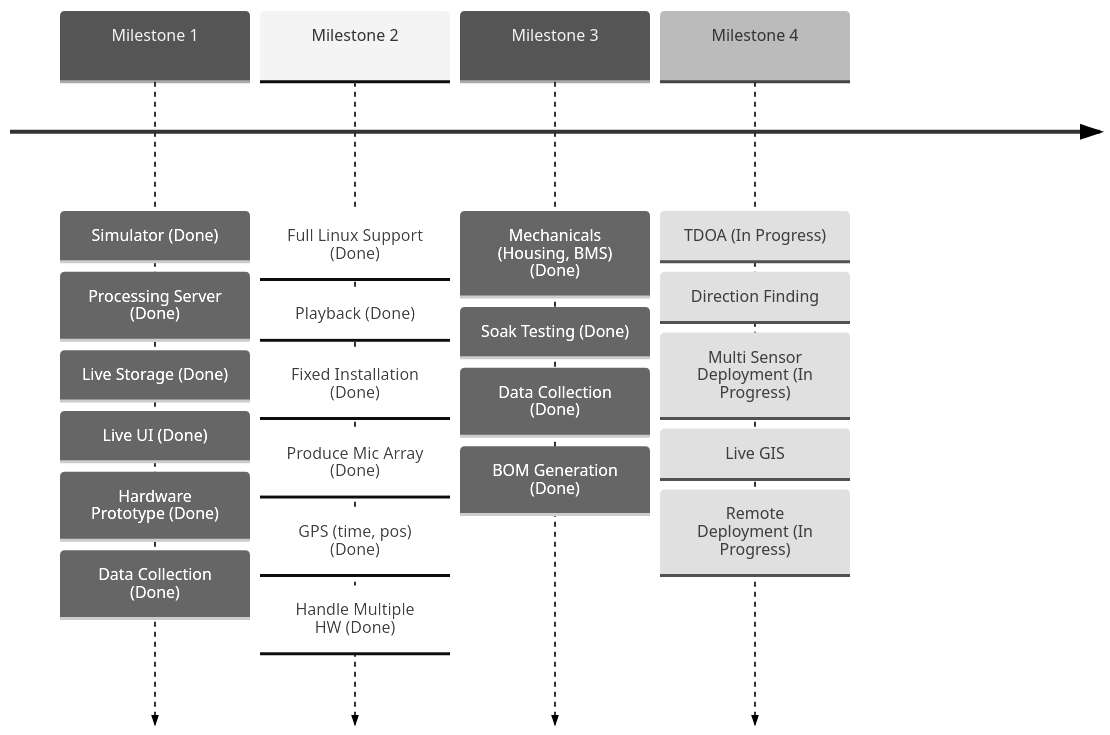
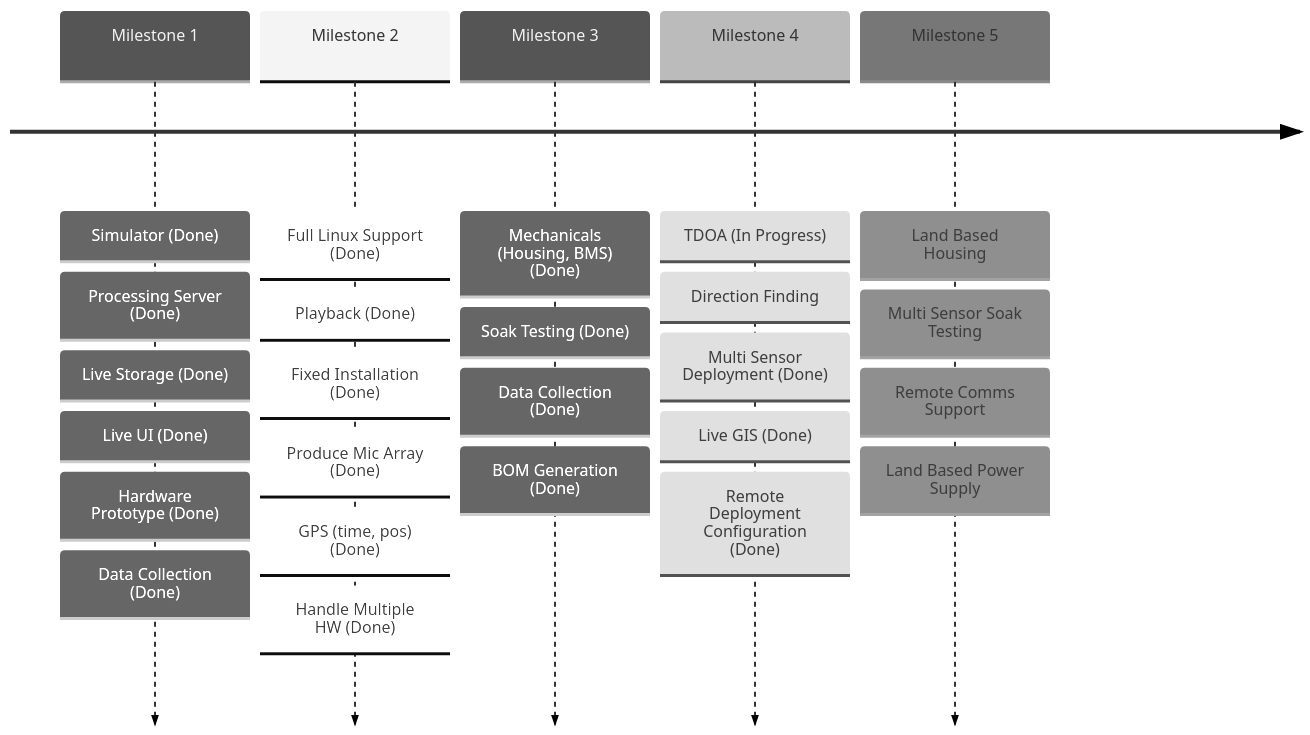
Before and after one commit to Sense-Scape/.github: the second of 2 diagrams in profile/README.md, drawn with Mermaid (neutral theme). The commit also changed other lines of this file, not shown here.

````diff
--- a/profile/README.md
+++ b/profile/README.md
@@ -75,9 +82,10 @@
 ``` mermaid
 
 timeline
     Milestone 1 : Simulator (Done) : Processing Server (Done) : Live Storage (Done) : Live UI (Done) : Hardware Prototype (Done) : Data Collection (Done)
     Milestone 2 : Full Linux Support (Done) : Playback (Done) : Fixed Installation (Done) : Produce Mic Array (Done)  : GPS (time, pos) (Done) : Handle Multiple HW (Done)
     Milestone 3 : Mechanicals (Housing, BMS) (Done) : Soak Testing (Done) : Data Collection (Done) : BOM Generation (Done)
-    Milestone 4 : TDOA (In Progress) : Direction Finding : Multi Sensor Deployment (In Progress) : Live GIS : Remote Deployment (In Progress)
+    Milestone 4 : TDOA (In Progress) : Direction Finding : Multi Sensor Deployment (Done) : Live GIS (Done) : Remote Deployment Configuration (Done)
+    Milestone 5 : Land Based Housing : Multi Sensor Soak Testing : Remote Comms Support : Land Based Power Supply
 
 ```
````
